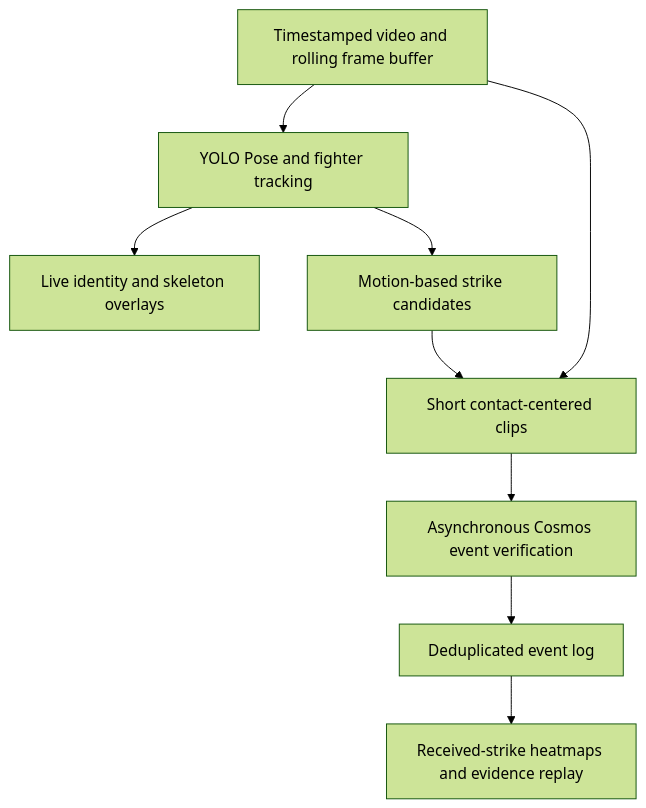
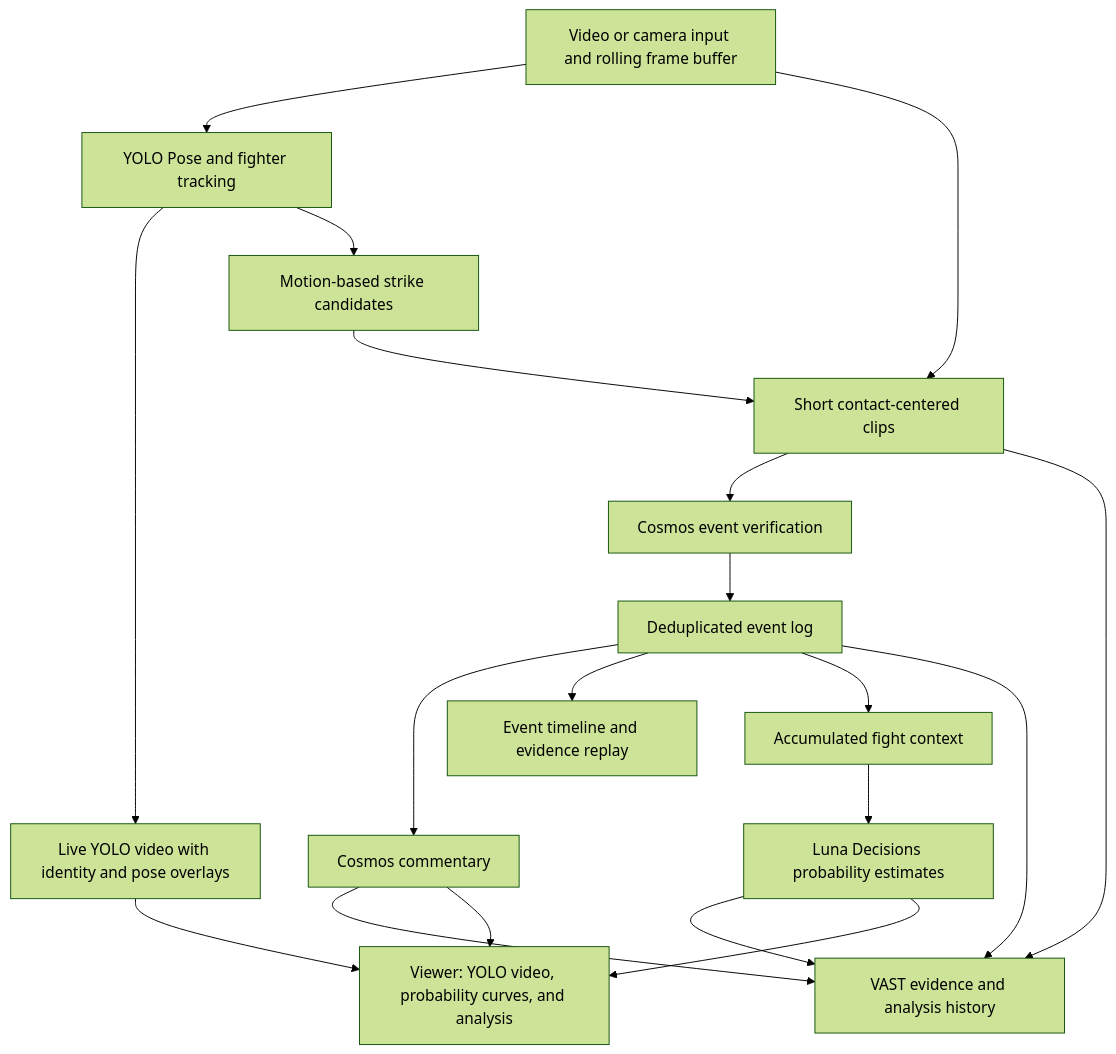
The diagram in README.md (maxx1031/fightlens), drawn with Mermaid (forest theme) before and after one commit. The commit also changed other lines of this file, not shown here.

Commit message:
docs: tell the FightLens demo and product story

````diff
--- a/README.md
+++ b/README.md
@@ -23,11 +52,21 @@
 ```mermaid
 flowchart TD
-    A[Timestamped video and rolling frame buffer] --> B[YOLO Pose and fighter tracking]
-    B --> C[Live identity and skeleton overlays]
+    A[Video or camera input and rolling frame buffer] --> B[YOLO Pose and fighter tracking]
+    B --> C[Live YOLO video with identity and pose overlays]
     B --> D[Motion-based strike candidates]
     A --> E[Short contact-centered clips]
     D --> E
-    E --> F[Asynchronous Cosmos event verification]
+    E --> F[Cosmos event verification]
     F --> G[Deduplicated event log]
-    G --> H[Received-strike heatmaps and evidence replay]
+    G --> I[Cosmos commentary]
+    G --> H[Event timeline and evidence replay]
+    G --> J[Accumulated fight context]
+    J --> K[Luna Decisions probability estimates]
+    E --> L[VAST evidence and analysis history]
+    G --> L
+    I --> L
+    K --> L
+    C --> M[Viewer: YOLO video, probability curves, and analysis]
+    I --> M
+    K --> M
 ```
````
